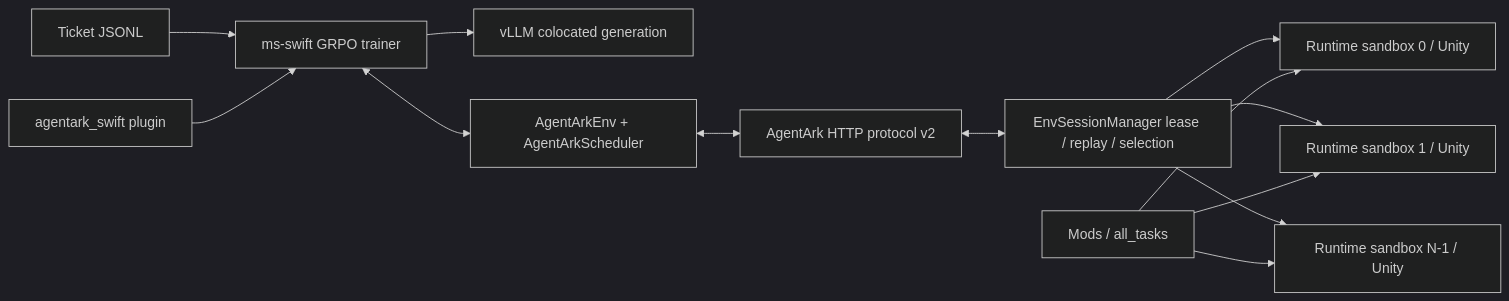
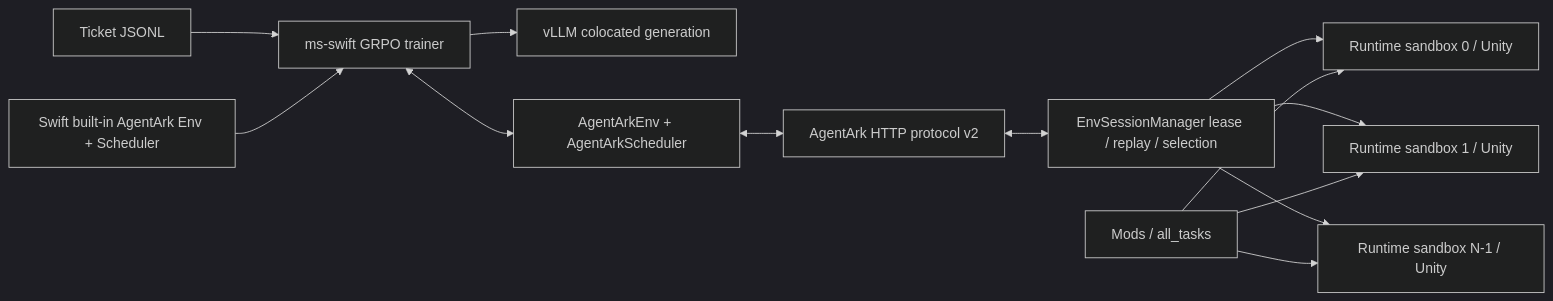
One commit to P90-RushB/AgentArk changed the first of 2 diagrams in integrations/ms_swift/ARCHITECTURE.md. Above: the diagram before and after it, drawn with Mermaid (dark theme). The commit also changed other lines of this file and 19 other files, not shown here.

Commit message:
feat(ms-swift): prefer built-in AgentArk integration

````diff
--- a/integrations/ms_swift/ARCHITECTURE.md
+++ b/integrations/ms_swift/ARCHITECTURE.md
@@ -39,15 +45,15 @@
 ```mermaid
 flowchart LR
     D[Ticket JSONL] --> S[ms-swift GRPO trainer]
-    P[agentark_swift plugin] --> S
+    P[Swift built-in AgentArk Env + Scheduler] --> S
     S --> V[vLLM colocated generation]
     S <--> A[AgentArkEnv + AgentArkScheduler]
     A <--> H[AgentArk HTTP protocol v2]
     H <--> M[EnvSessionManager lease / replay / selection]
     M --> R1[Runtime sandbox 0 / Unity]
     M --> R2[Runtime sandbox 1 / Unity]
     M --> RN[Runtime sandbox N-1 / Unity]
     T[Mods / all_tasks] --> R1
     T --> R2
     T --> RN
 ```
````
